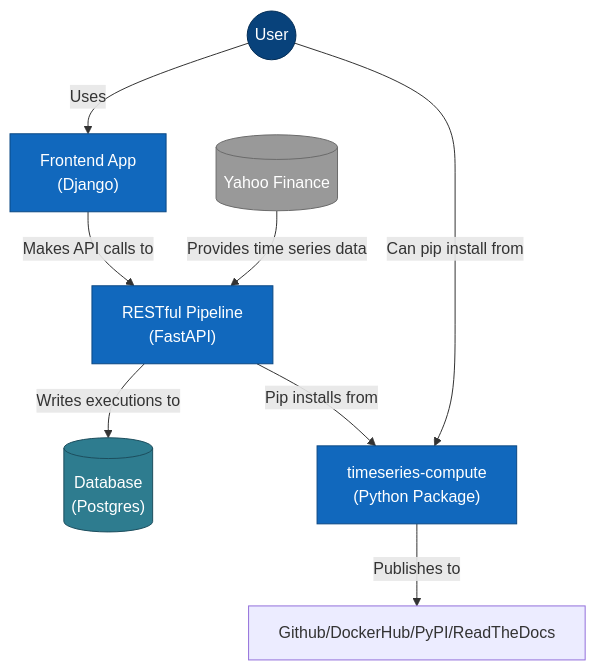
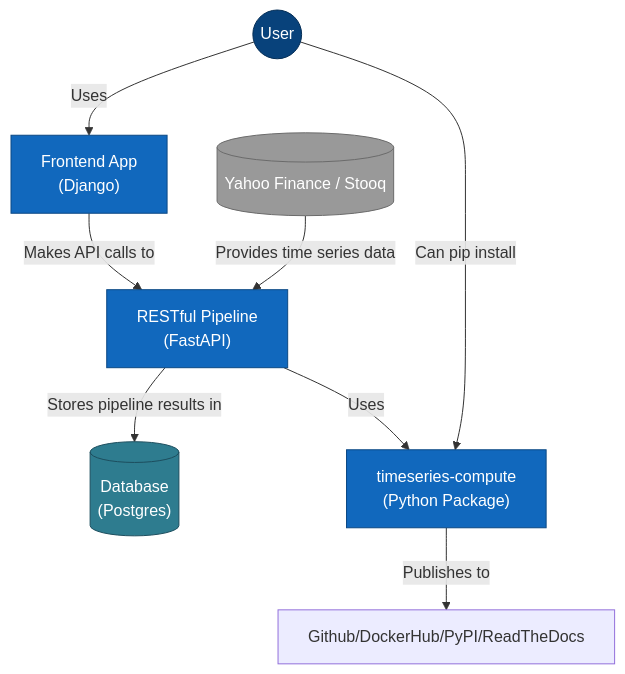
Before and after one commit to garthmortensen/timeseries-api: the first of 17 diagrams in README.md, drawn with Mermaid. The commit also changed other lines of this file and 14 other files, not shown here.

````diff
--- a/README.md
+++ b/README.md
@@ -109,35 +95,35 @@
 ```mermaid
 flowchart TB
     %% Styling
     classDef person fill:#08427B,color:#fff,stroke:#052E56,stroke-width:1px
     classDef system fill:#1168BD,color:#fff,stroke:#0B4884,stroke-width:1px
     classDef external fill:#999999,color:#fff,stroke:#6B6B6B,stroke-width:1px
     classDef database fill:#2E7C8F,color:#fff,stroke:#1D4E5E,stroke-width:1px
     
     %% Actors and Systems
     User((User)):::person
     
     %% Main Systems
     TimeSeriesFrontend["Frontend App
     (Django)"]:::system
     TimeSeriesPipeline["RESTful Pipeline
     (FastAPI)"]:::system
     TimeseriesCompute["timeseries-compute
     (Python Package)"]:::system
     
     %% Database
     TimeSeriesDB[("Database
     (Postgres)")]:::database
     
     %% External Systems
-    ExternalDataSource[(Yahoo Finance)]:::external
+    ExternalDataSource[(Yahoo Finance / Stooq)]:::external
     
     %% Relationships
     User -- "Uses" --> TimeSeriesFrontend
     TimeSeriesFrontend -- "Makes API calls to" --> TimeSeriesPipeline
-    TimeSeriesPipeline -- "Writes executions to" --> TimeSeriesDB
-    TimeSeriesPipeline -- "Pip installs from" --> TimeseriesCompute
-    User -- "Can pip install from" --> TimeseriesCompute
+    TimeSeriesPipeline -- "Stores pipeline results in" --> TimeSeriesDB
+    TimeSeriesPipeline -- "Uses" --> TimeseriesCompute
+    User -- "Can pip install" --> TimeseriesCompute
     ExternalDataSource -- "Provides time series data" --> TimeSeriesPipeline
     TimeseriesCompute -- "Publishes to" --> Github/DockerHub/PyPI/ReadTheDocs
 ```
````
